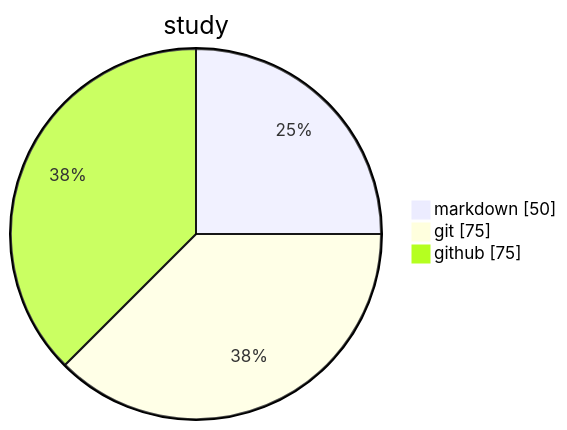
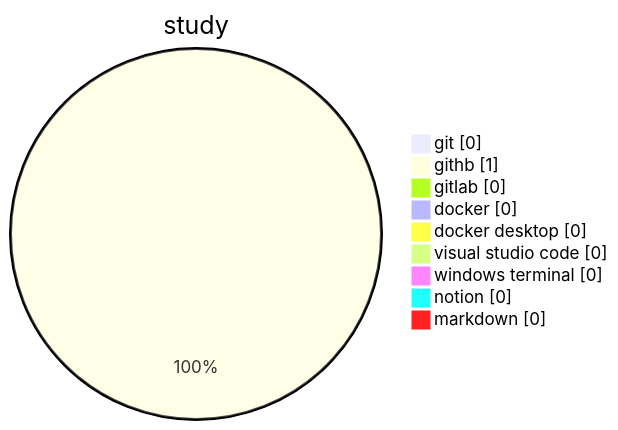
The diagram in README.md (showzy/til), drawn with Mermaid before and after one commit. The commit also changed other lines of this file, not shown here.

Commit message:
add study themes

````diff
--- a/README.md
+++ b/README.md
@@ -3,8 +3,14 @@
 ``` mermaid
 pie showData
     title study
-    "markdown" : 50.0
-    "git" : 75.0
-    "github" : 75.0
+"git" : 0
+"githb" : 1
+"gitlab" : 0
+"docker" : 0
+"docker desktop" : 0
+"visual studio code" : 0
+"windows terminal" : 0
+"notion" : 0
+"markdown" : 0
 
 ```
````
